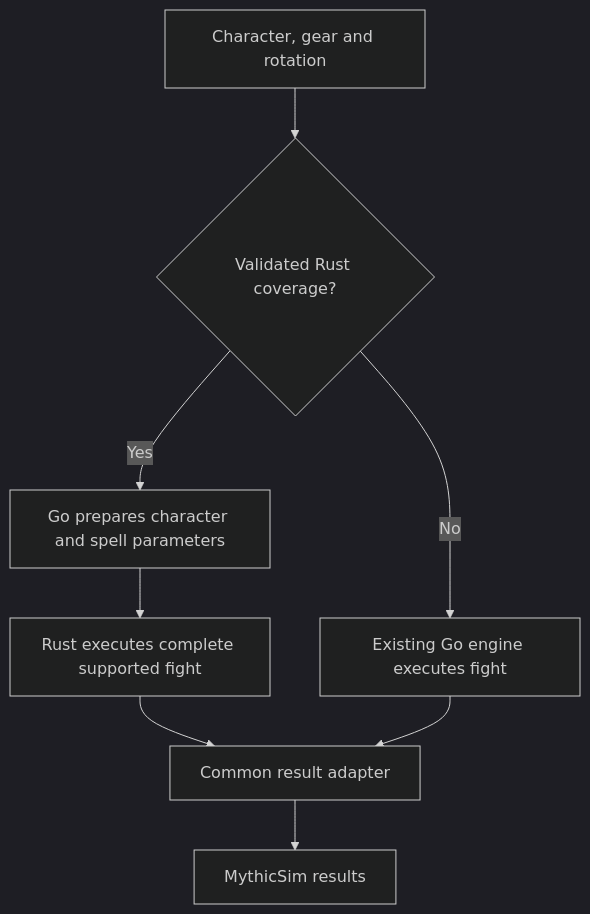
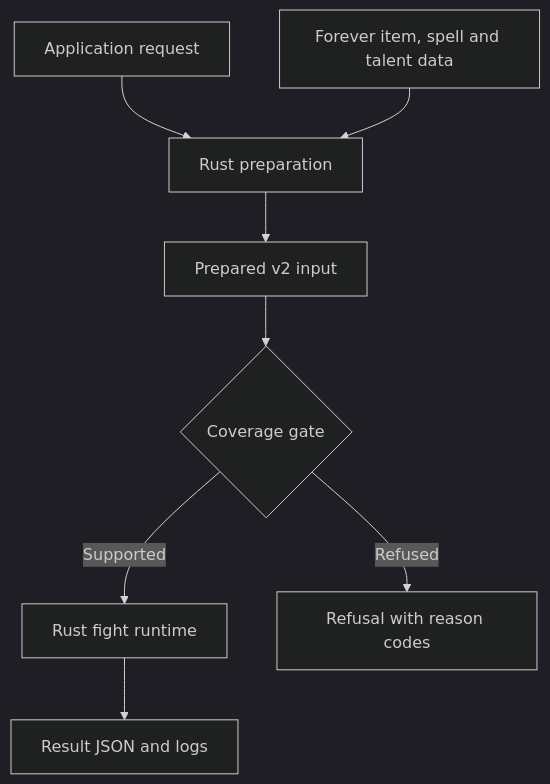
Before and after one commit to Ltz-lab/forever-engine: the first of 2 diagrams in docs/architecture.md, drawn with Mermaid (dark theme). The commit also changed other lines of this file and 6605 other files, not shown here.

````diff
--- a/docs/architecture.md
+++ b/docs/architecture.md
@@ -31,10 +5,10 @@
 ```mermaid
 flowchart TD
-    A[Character, gear and rotation] --> B{Validated Rust coverage?}
-    B -->|Yes| C[Go prepares character and spell parameters]
-    C --> D[Rust executes complete supported fight]
-    B -->|No| E[Existing Go engine executes fight]
-    D --> F[Common result adapter]
-    E --> F
-    F --> G[MythicSim results]
+    A[Application request] --> B[Rust preparation]
+    C[Forever item, spell and talent data] --> B
+    B --> D[Prepared v2 input]
+    D --> E{Coverage gate}
+    E -->|Supported| F[Rust fight runtime]
+    E -->|Refused| G[Refusal with reason codes]
+    F --> H[Result JSON and logs]
 ```
````
